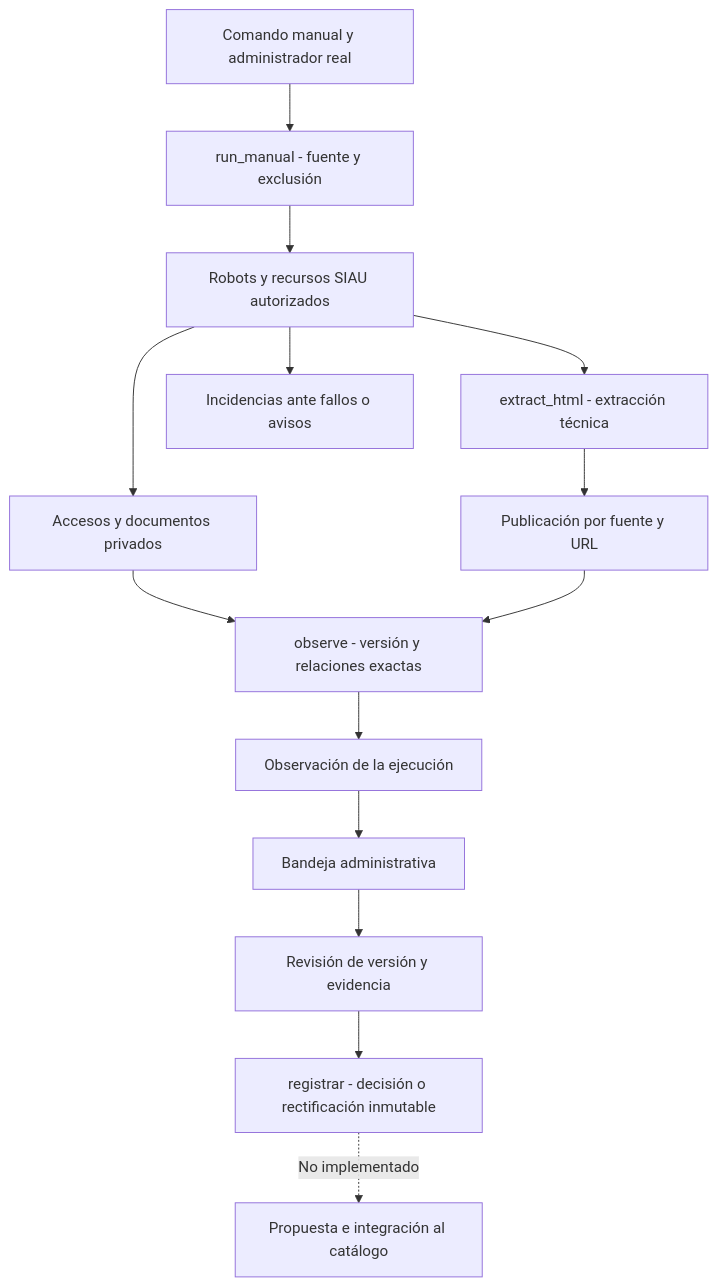
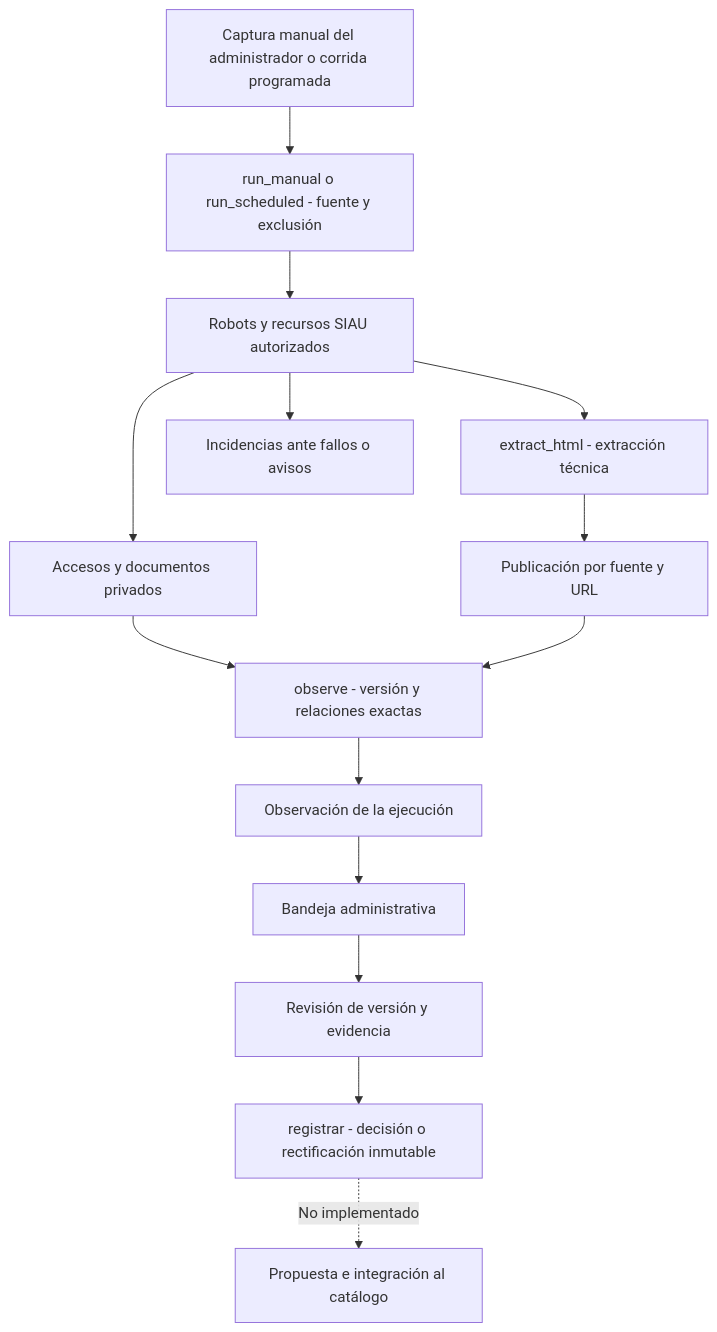
Before and after one commit to ajacomeh/BecaNexo: the second of 3 diagrams in docs/GUIA_ARQUITECTURA_BECANEXO.md, drawn with Mermaid. The commit also changed other lines of this file and 5 other files, not shown here.

````diff
--- a/docs/GUIA_ARQUITECTURA_BECANEXO.md
+++ b/docs/GUIA_ARQUITECTURA_BECANEXO.md
@@ -261,16 +261,16 @@
 ```mermaid
 flowchart TD
-    A[Comando manual y administrador real] --> B[run_manual - fuente y exclusión]
+    A[Captura manual del administrador o corrida programada] --> B[run_manual o run_scheduled - fuente y exclusión]
     B --> C[Robots y recursos SIAU autorizados]
     C --> D[Accesos y documentos privados]
     C --> E[extract_html - extracción técnica]
     E --> F[Publicación por fuente y URL]
     D --> G[observe - versión y relaciones exactas]
     F --> G
     G --> H[Observación de la ejecución]
     C --> I[Incidencias ante fallos o avisos]
     H --> J[Bandeja administrativa]
     J --> K[Revisión de versión y evidencia]
     K --> L[registrar - decisión o rectificación inmutable]
     L -. No implementado .-> M[Propuesta e integración al catálogo]
 ```
````
